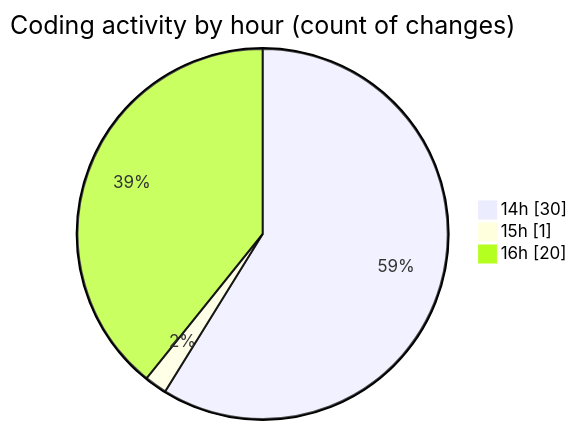
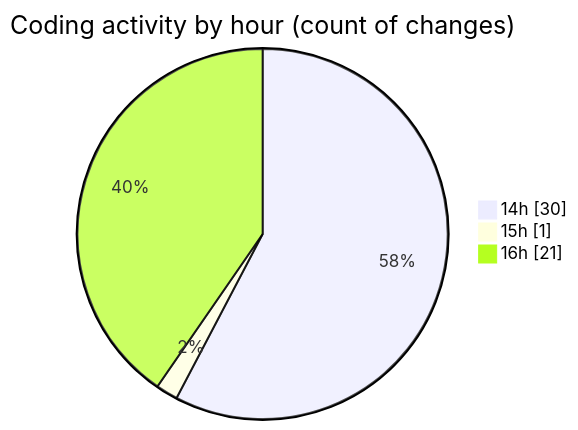
Before and after one commit to Ritupan-Deka/code-tracking: the second of 2 diagrams in 2025-05-03/projects/README.md, drawn with Mermaid. The commit also changed other lines of this file and 1 other file, not shown here.

````diff
--- a/2025-05-03/projects/README.md
+++ b/2025-05-03/projects/README.md
@@ -43,7 +43,7 @@
 ```mermaid
 pie showData
 title Coding activity by hour (count of changes)
 "14h" : 30
 "15h" : 1
-"16h" : 20
+"16h" : 21
 ```
````
